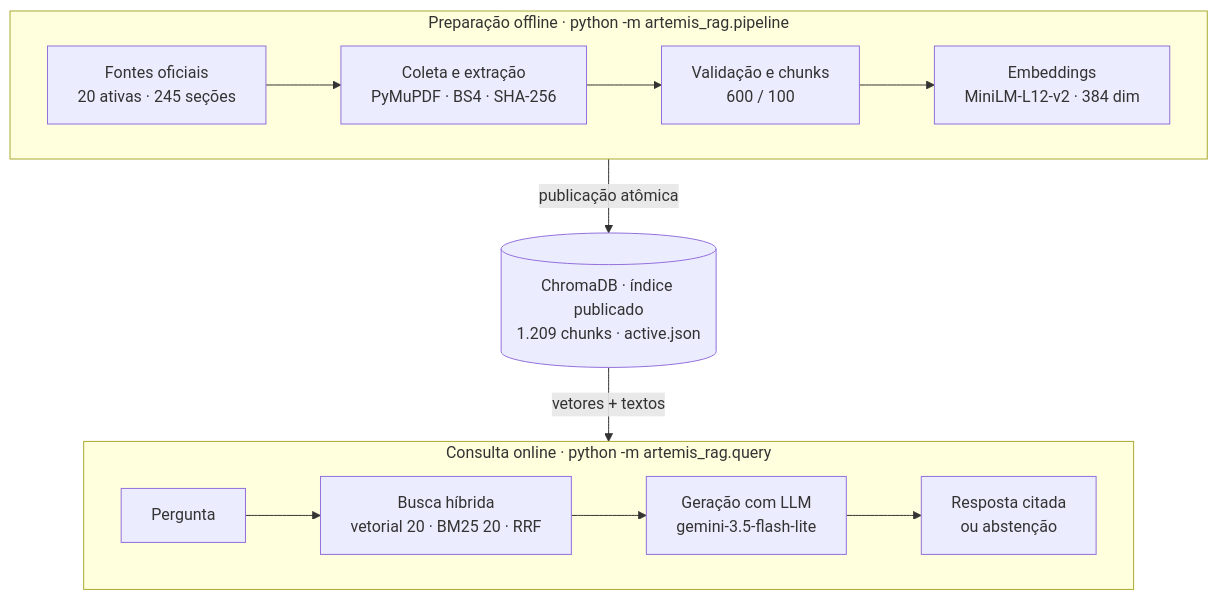
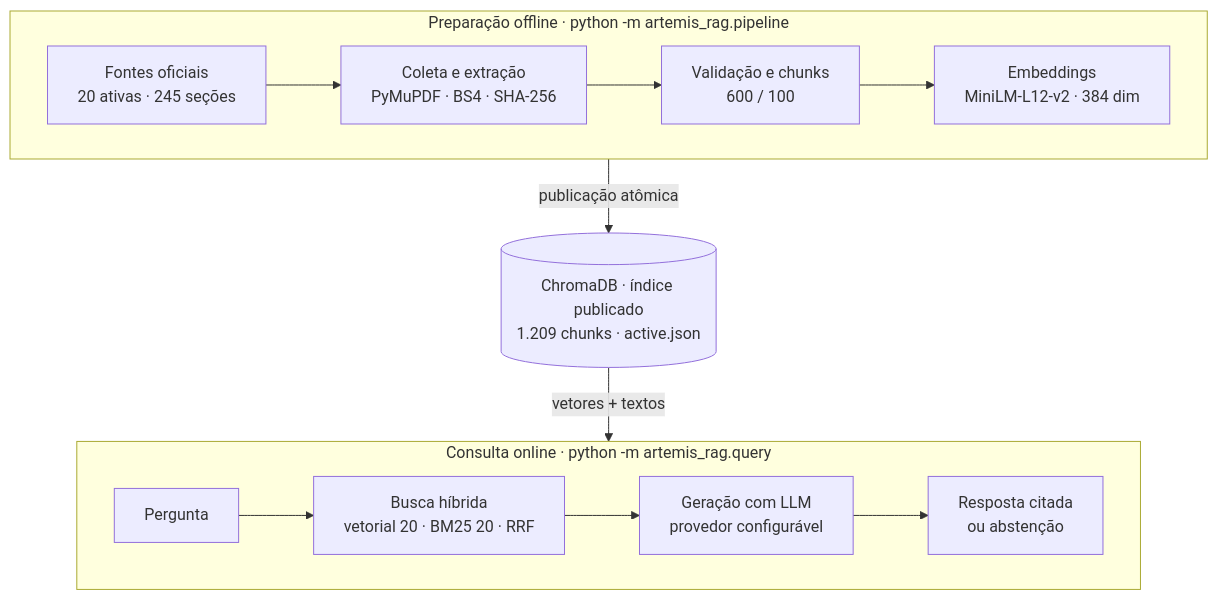
One commit to ArtemisHubApp/artemishub_docs changed the diagram in docs/arquitetura/rag.md. Above: the diagram before and after it, drawn with Mermaid. The commit also changed 3 other files, not shown here.

Commit message:
docs: diagramas com LLM configurável e reserva planejado (#38)

````diff
--- a/docs/arquitetura/rag.md
+++ b/docs/arquitetura/rag.md
@@ -44,17 +44,17 @@
 ```mermaid
 flowchart TB
     subgraph OFF["Preparação offline · python -m artemis_rag.pipeline"]
         direction LR
         S[Fontes oficiais<br/>20 ativas · 245 seções] --> C[Coleta e extração<br/>PyMuPDF · BS4 · SHA-256]
         C --> V[Validação e chunks<br/>600 / 100]
         V --> E[Embeddings<br/>MiniLM-L12-v2 · 384 dim]
     end
     E -- publicação atômica --> DB[(ChromaDB · índice publicado<br/>1.209 chunks · active.json)]
     DB -- vetores + textos --> B
     subgraph ON["Consulta online · python -m artemis_rag.query"]
         direction LR
         P[Pergunta] --> B[Busca híbrida<br/>vetorial 20 · BM25 20 · RRF]
-        B --> L[Geração com LLM<br/>gemini-3.5-flash-lite]
+        B --> L[Geração com LLM<br/>provedor configurável]
         L --> R[Resposta citada<br/>ou abstenção]
     end
 ```
````
